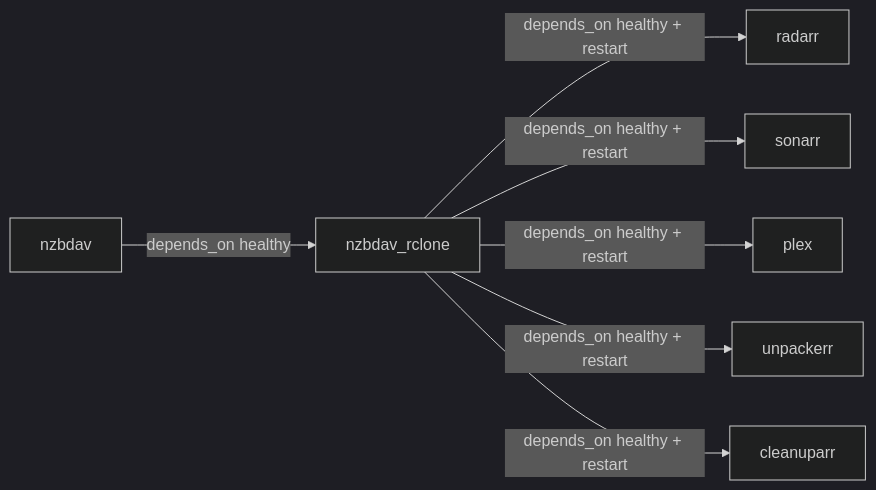
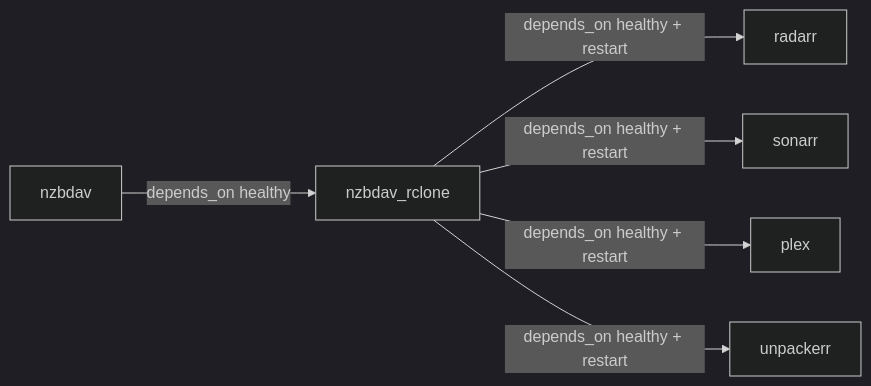
One commit to WhispersOfJ/thebearcave changed the diagram in docs/services/nzbdav-rclone.md. Above: the diagram before and after it, drawn with Mermaid (dark theme). The commit also changed other lines of this file and 28 other files, not shown here.

````diff
--- a/docs/services/nzbdav-rclone.md
+++ b/docs/services/nzbdav-rclone.md
@@ -57,9 +57,8 @@
 ```mermaid
 flowchart LR
     NZB[nzbdav] -->|depends_on healthy| RCL[nzbdav_rclone]
     RCL -->|depends_on healthy + restart| Rad[radarr]
     RCL -->|depends_on healthy + restart| Son[sonarr]
     RCL -->|depends_on healthy + restart| Plex[plex]
     RCL -->|depends_on healthy + restart| Unp[unpackerr]
-    RCL -->|depends_on healthy + restart| Cln[cleanuparr]
 ```
````
